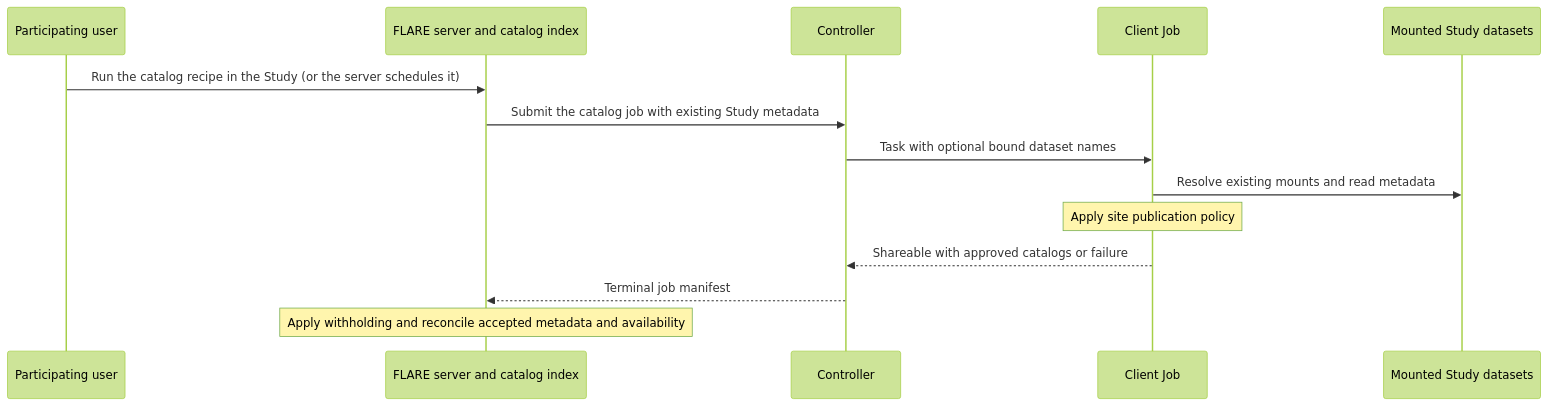
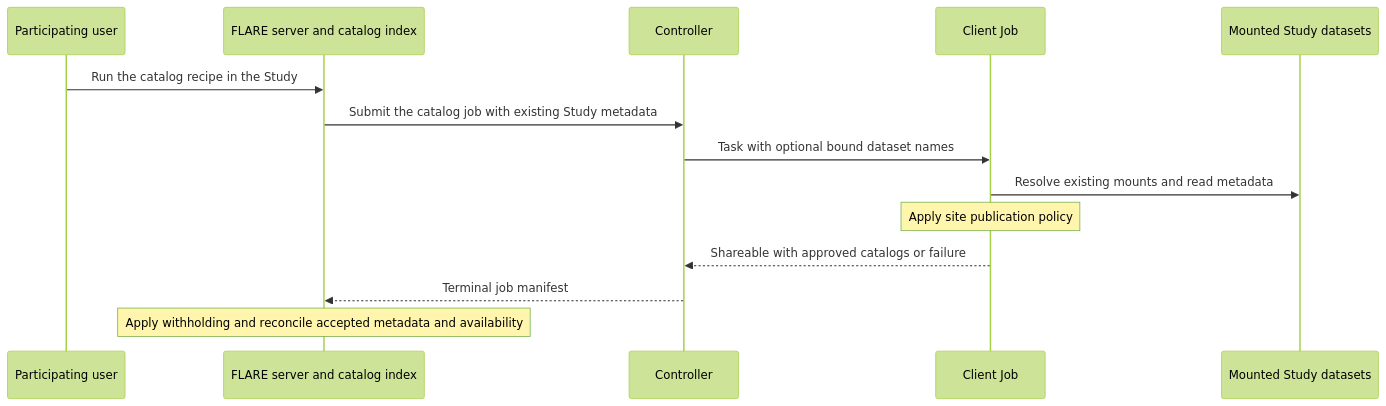
One commit to NVIDIA/NVFlare changed the diagram in docs/design/federated_data_cataloging_design.md. Above: the diagram before and after it, drawn with Mermaid (forest theme). The commit also changed other lines of this file and 7 other files, not shown here.

````diff
--- a/docs/design/federated_data_cataloging_design.md
+++ b/docs/design/federated_data_cataloging_design.md
@@ -26,16 +26,16 @@
 ```mermaid
 sequenceDiagram
     participant U as Participating user
     participant M as FLARE server and catalog index
     participant C as Controller
     participant E as Client Job
     participant D as Mounted Study datasets
-    U->>M: Run the catalog recipe in the Study (or the server schedules it)
+    U->>M: Run the catalog recipe in the Study
     M->>C: Submit the catalog job with existing Study metadata
     C->>E: Task with optional bound dataset names
     E->>D: Resolve existing mounts and read metadata
     Note over E: Apply site publication policy
     E-->>C: Shareable with approved catalogs or failure
     C-->>M: Terminal job manifest
     Note over M: Apply withholding and reconcile accepted metadata and availability
 ```
````
